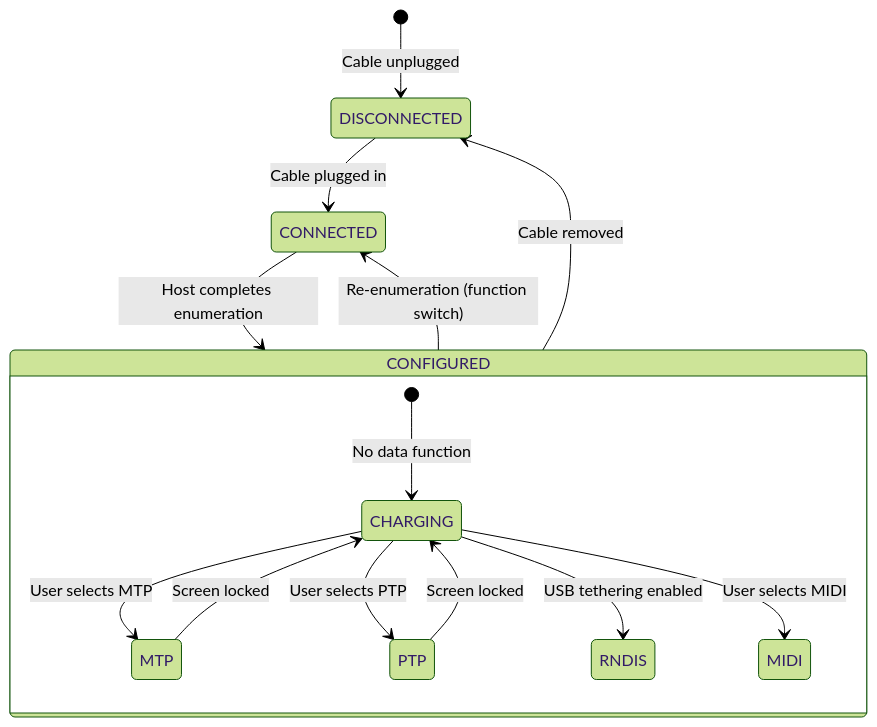
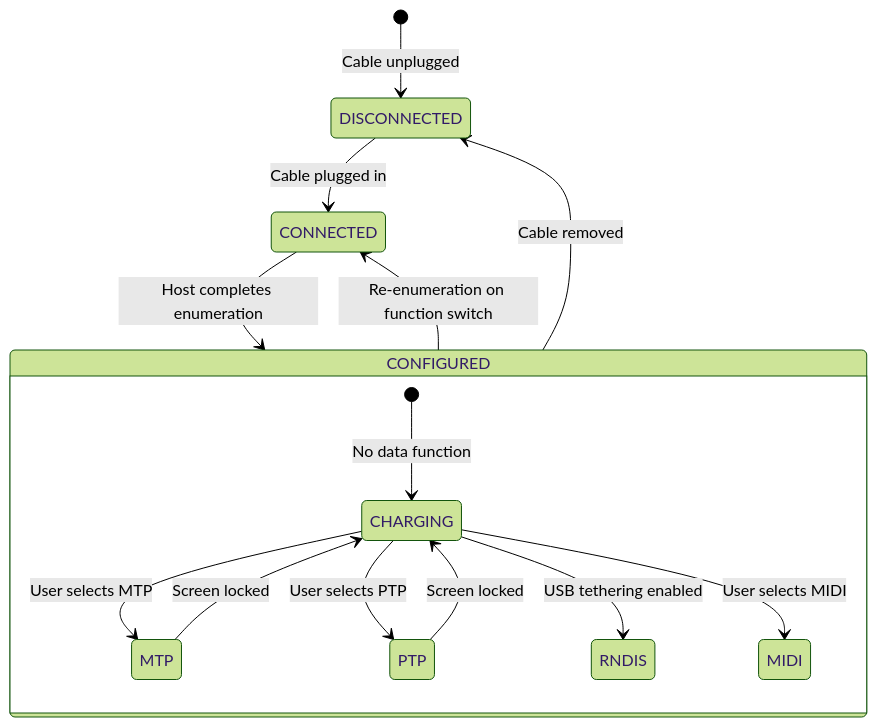
The fourth of 27 diagrams in 39-usb-adb.md (fwrite0920/aosp-internal-book), drawn with Mermaid (forest theme) before and after one commit. The commit also changed other lines of this file and 13 other files, not shown here.

First line of the commit message:
Fix Mermaid diagrams and formatting in Parts VII-VIII (chapters 26-39)

````diff
--- a/39-usb-adb.md
+++ b/39-usb-adb.md
@@ -298,18 +298,18 @@
 ```mermaid
 stateDiagram-v2
     [*] --> DISCONNECTED: Cable unplugged
     DISCONNECTED --> CONNECTED: Cable plugged in
     CONNECTED --> CONFIGURED: Host completes enumeration
     CONFIGURED --> DISCONNECTED: Cable removed
-    CONFIGURED --> CONNECTED: Re-enumeration (function switch)
+    CONFIGURED --> CONNECTED: Re-enumeration on function switch
 
     state CONFIGURED {
         [*] --> CHARGING: No data function
         CHARGING --> MTP: User selects MTP
         CHARGING --> PTP: User selects PTP
         CHARGING --> RNDIS: USB tethering enabled
         CHARGING --> MIDI: User selects MIDI
         MTP --> CHARGING: Screen locked
         PTP --> CHARGING: Screen locked
     }
 ```
````
